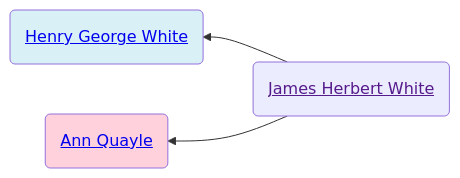
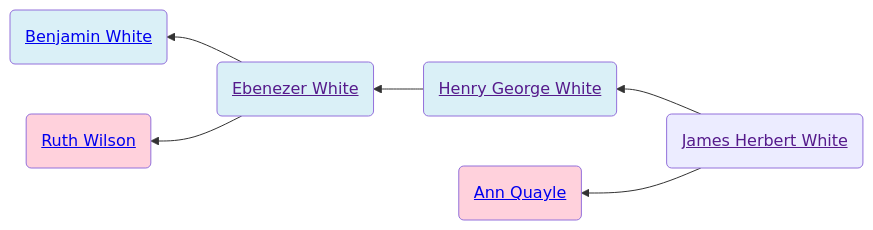
One commit to neelsmith/avocational changed the diagram in familyhistory/sources/people/Merrill-line/White-line/James_Herbert_White.qmd. Above: the diagram before and after it, drawn with Mermaid. The commit also changed 12 other files, not shown here.

````diff
--- a/familyhistory/sources/people/Merrill-line/White-line/James_Herbert_White.qmd
+++ b/familyhistory/sources/people/Merrill-line/White-line/James_Herbert_White.qmd
@@ -21,12 +21,18 @@
 ```{mermaid}
 graph RL
 %% RL ancestor diagram
 James_Herbert_White(<a href=''>James Herbert White</>) -->  Henry_George_White(<a href='./Henry_George_White.html'>Henry George White</>)
+Henry_George_White(<a href=''>Henry George White</>) -->  Ebenezer_White(<a href='./Ebenezer_White.html'>Ebenezer White</>)
+Ebenezer_White(<a href=''>Ebenezer White</>) -->  Benjamin_White(<a href='./Benjamin_White.html'>Benjamin White</>)
+class Benjamin_White father
+Ebenezer_White(<a href=''>Ebenezer White</>)  --> Ruth_Wilson(<a href='./Wilson-line/Ruth_Wilson.html'>Ruth Wilson</>)
+class Ruth_Wilson mother
+class Ebenezer_White father
 class Henry_George_White father
 James_Herbert_White(<a href=''>James Herbert White</>)  --> Ann_Quayle(<a href='./Ann_Quayle.html'>Ann Quayle</>)
 class Ann_Quayle mother
 classDef mother fill:#ffd1dc
 classDef father fill:#daf0f7  
 classDef marriage fill:#ffffff
 
 ```
````
